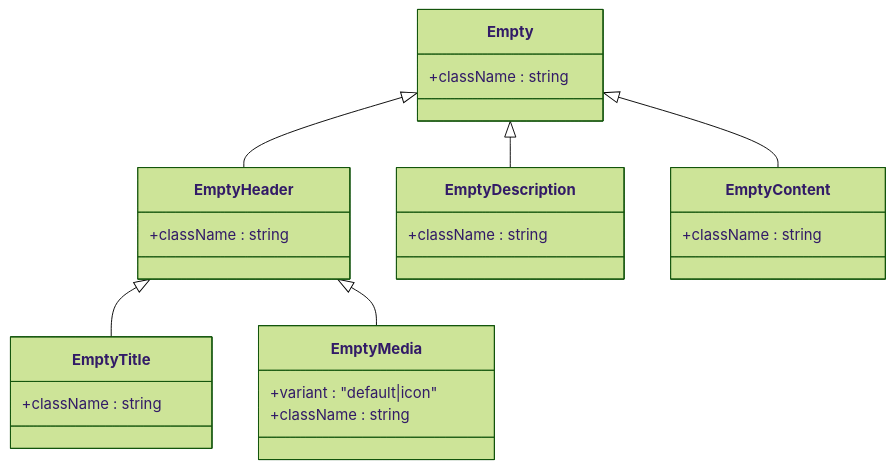
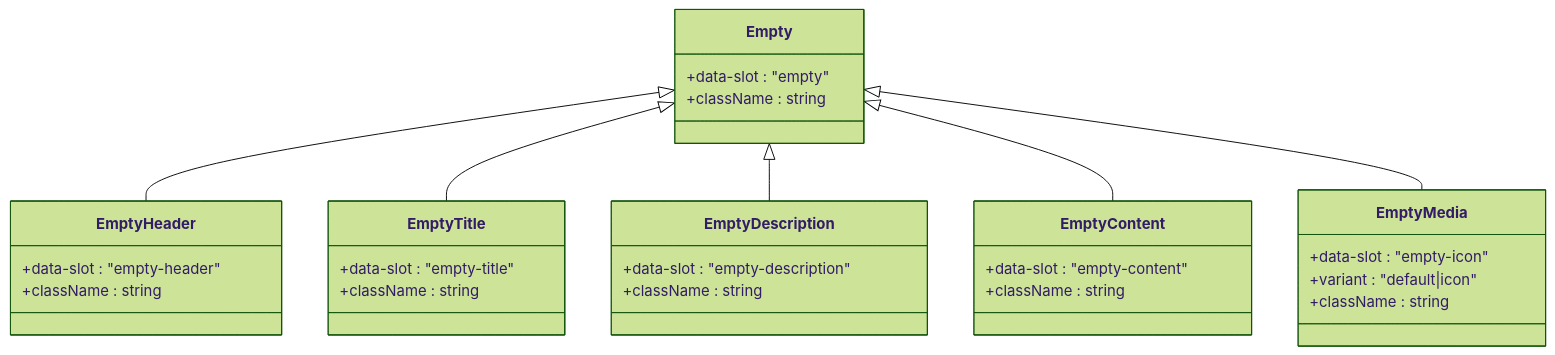
One commit to RadiumAg/bilibili-favorites changed diagram 13 of 14 in .qoder/repowiki/zh/content/UI组件系统/基础UI组件.md. Above: the diagram before and after it, drawn with Mermaid (forest theme). The commit also changed other lines of this file and 27 other files, not shown here.

````diff
--- a/.qoder/repowiki/zh/content/UI组件系统/基础UI组件.md
+++ b/.qoder/repowiki/zh/content/UI组件系统/基础UI组件.md
@@ -482,27 +473,33 @@
 ```mermaid
 classDiagram
 class Empty {
++data-slot : "empty"
 +className : string
 }
 class EmptyHeader {
++data-slot : "empty-header"
 +className : string
 }
 class EmptyTitle {
++data-slot : "empty-title"
 +className : string
 }
 class EmptyDescription {
++data-slot : "empty-description"
 +className : string
 }
 class EmptyContent {
++data-slot : "empty-content"
 +className : string
 }
 class EmptyMedia {
++data-slot : "empty-icon"
 +variant : "default|icon"
 +className : string
 }
 Empty <|-- EmptyHeader
-EmptyHeader <|-- EmptyTitle
-EmptyHeader <|-- EmptyMedia
+Empty <|-- EmptyTitle
 Empty <|-- EmptyDescription
 Empty <|-- EmptyContent
+Empty <|-- EmptyMedia
 ```
````
